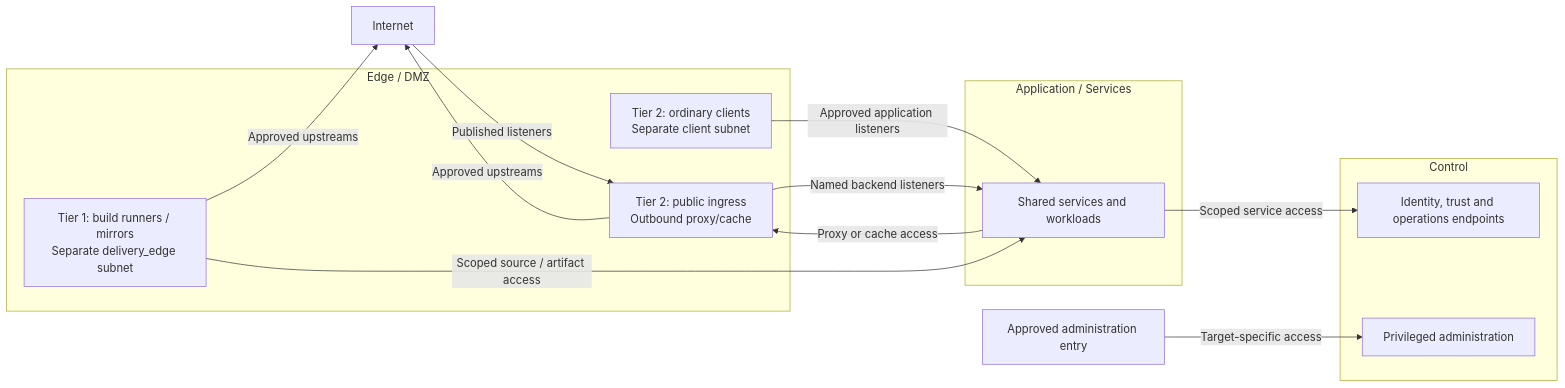
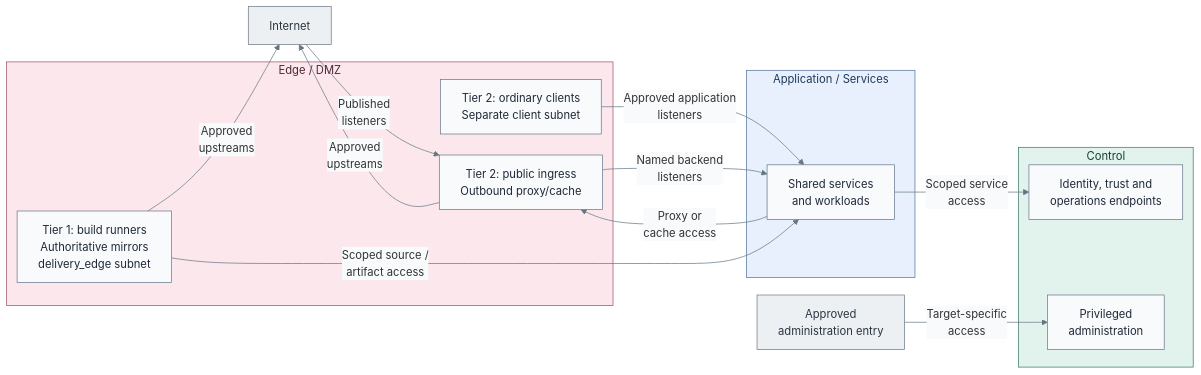
Before and after one commit to Rexus/homelab: the diagram in docs/architecture/networking/README.md, drawn with Mermaid. The commit also changed 49 other files, not shown here.

Commit message:
docs(diagrams): clarify tier layouts and visual styles

````diff
--- a/docs/architecture/networking/README.md
+++ b/docs/architecture/networking/README.md
@@ -33,26 +33,36 @@
 ```mermaid
+%%{init: {"theme":"base","flowchart":{"nodeSpacing":30,"rankSpacing":30},"themeVariables":{"lineColor":"#627581","edgeLabelBackground":"#f8fafc"}}}%%
 flowchart LR
   Internet["Internet"]
-  AdminEntry["Approved administration entry"]
+  AdminEntry["Approved<br/>administration entry"]
   subgraph Edge["Edge / DMZ"]
     Clients["Tier 2: ordinary clients<br/>Separate client subnet"]
     Gateways["Tier 2: public ingress<br/>Outbound proxy/cache"]
-    Supply["Tier 1: build runners / mirrors<br/>Separate delivery_edge subnet"]
+    Supply["Tier 1: build runners<br/>Authoritative mirrors<br/>delivery_edge subnet"]
   end
   subgraph Application["Application / Services"]
-    Services["Shared services and workloads"]
+    Services["Shared services<br/>and workloads"]
   end
   subgraph Control["Control"]
-    Endpoints["Identity, trust and operations endpoints"]
-    Administration["Privileged administration"]
+    Endpoints["Identity, trust and<br/>operations endpoints"]
+    Administration["Privileged<br/>administration"]
   end
-  Internet -->|Published listeners| Gateways
-  Gateways -->|Named backend listeners| Services
-  Clients -->|Approved application listeners| Services
-  Services -->|Scoped service access| Endpoints
-  Services -->|Proxy or cache access| Gateways
-  Gateways -->|Approved upstreams| Internet
-  Supply -->|Approved upstreams| Internet
-  Supply -->|Scoped source / artifact access| Services
-  AdminEntry -->|Target-specific access| Administration
+  Internet -->|Published<br/>listeners| Gateways
+  Gateways -->|Named backend<br/>listeners| Services
+  Clients -->|Approved application<br/>listeners| Services
+  Services -->|Scoped service<br/>access| Endpoints
+  Services -->|Proxy or<br/>cache access| Gateways
+  Gateways -->|Approved<br/>upstreams| Internet
+  Supply -->|Approved<br/>upstreams| Internet
+  Supply -->|Scoped source /<br/>artifact access| Services
+  AdminEntry -->|Target-specific<br/>access| Administration
+  classDef default fill:#f8fafc,stroke:#64748b,color:#1f2937
+  classDef actor fill:#edf0f3,stroke:#697682,color:#293642
+  classDef edge fill:#fce8ec,stroke:#9b4d67,color:#502638
+  classDef services fill:#e7f0fc,stroke:#4d719b,color:#203a5b
+  classDef control fill:#e2f3ed,stroke:#397366,color:#173f36
+  class Internet,AdminEntry actor
+  class Edge edge
+  class Application services
+  class Control control
 ```
````
